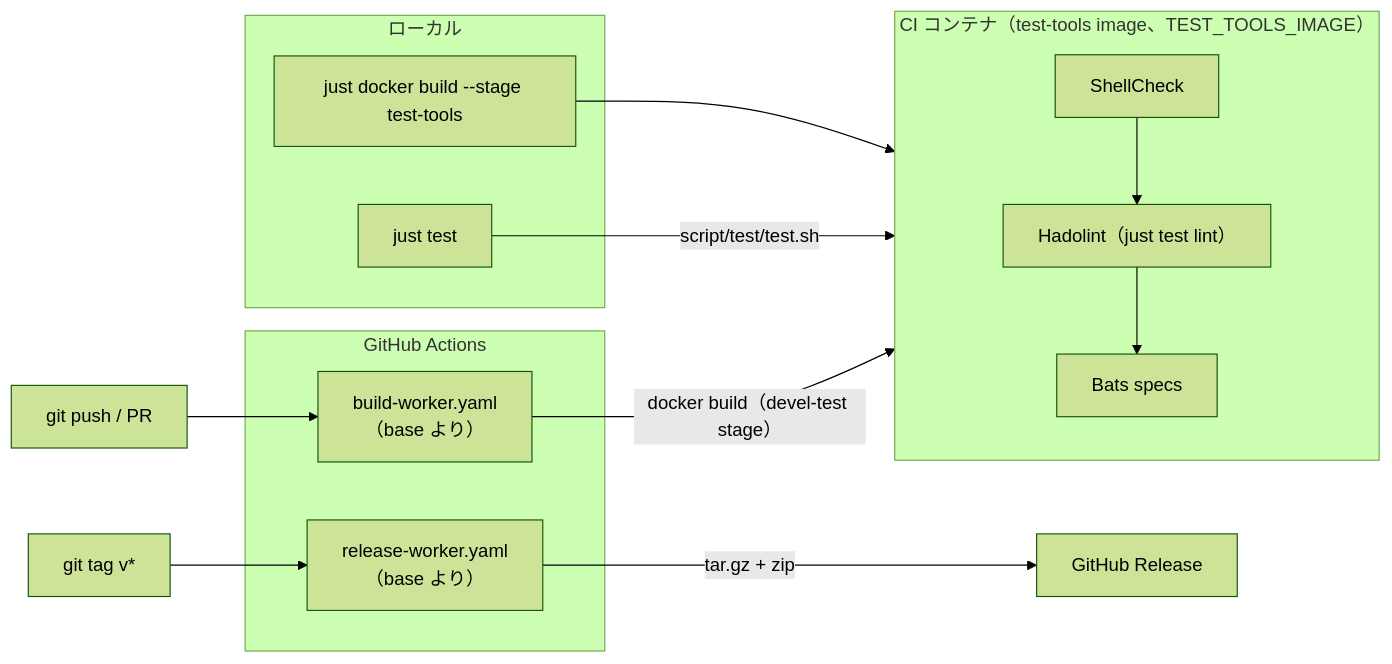
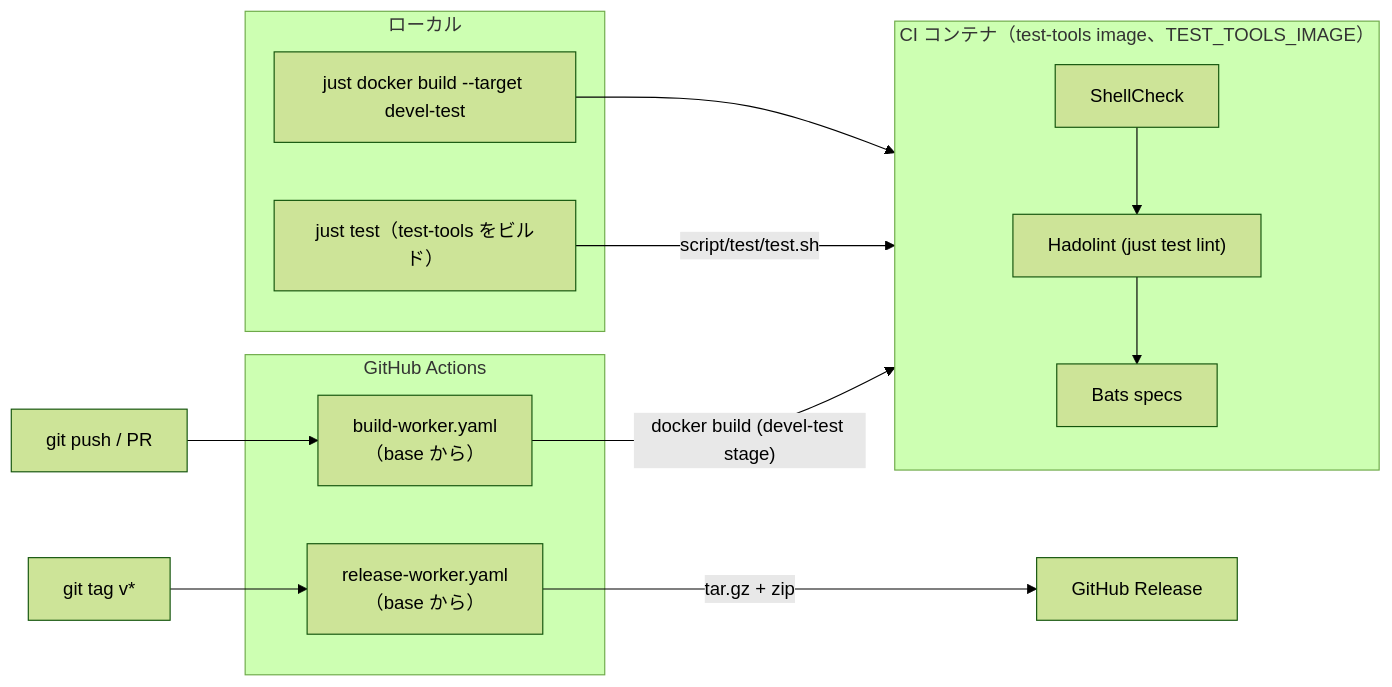
The second of 2 diagrams in doc/readme/README.ja.md (ycpss91255-docker/base), drawn with Mermaid (forest theme) before and after one commit. The commit also changed other lines of this file and 26 other files, not shown here.

````diff
--- a/doc/readme/README.ja.md
+++ b/doc/readme/README.ja.md
@@ -116,27 +123,27 @@
 ```mermaid
 flowchart LR
     subgraph local["ローカル"]
-        just_test["just test"]
-        just_build["just docker build --stage test-tools"]
+        just_test["just test（test-tools をビルド）"]
+        just_build["just docker build --target devel-test"]
     end
 
     subgraph ci_container["CI コンテナ（test-tools image、TEST_TOOLS_IMAGE）"]
         shellcheck["ShellCheck"]
-        hadolint["Hadolint（just test lint）"]
+        hadolint["Hadolint (just test lint)"]
         bats["Bats specs"]
     end
 
     subgraph github["GitHub Actions"]
-        build_worker["build-worker.yaml<br/>（base より）"]
-        release_worker["release-worker.yaml<br/>（base より）"]
+        build_worker["build-worker.yaml<br/>（base から）"]
+        release_worker["release-worker.yaml<br/>（base から）"]
     end
 
     just_build --> ci_container
     just_test -->|"script/test/test.sh"| ci_container
     shellcheck --> hadolint --> bats
 
     push["git push / PR"] --> build_worker
-    build_worker -->|"docker build（devel-test stage）"| ci_container
+    build_worker -->|"docker build (devel-test stage)"| ci_container
     tag["git tag v*"] --> release_worker
     release_worker -->|"tar.gz + zip"| release["GitHub Release"]
 ```
````
